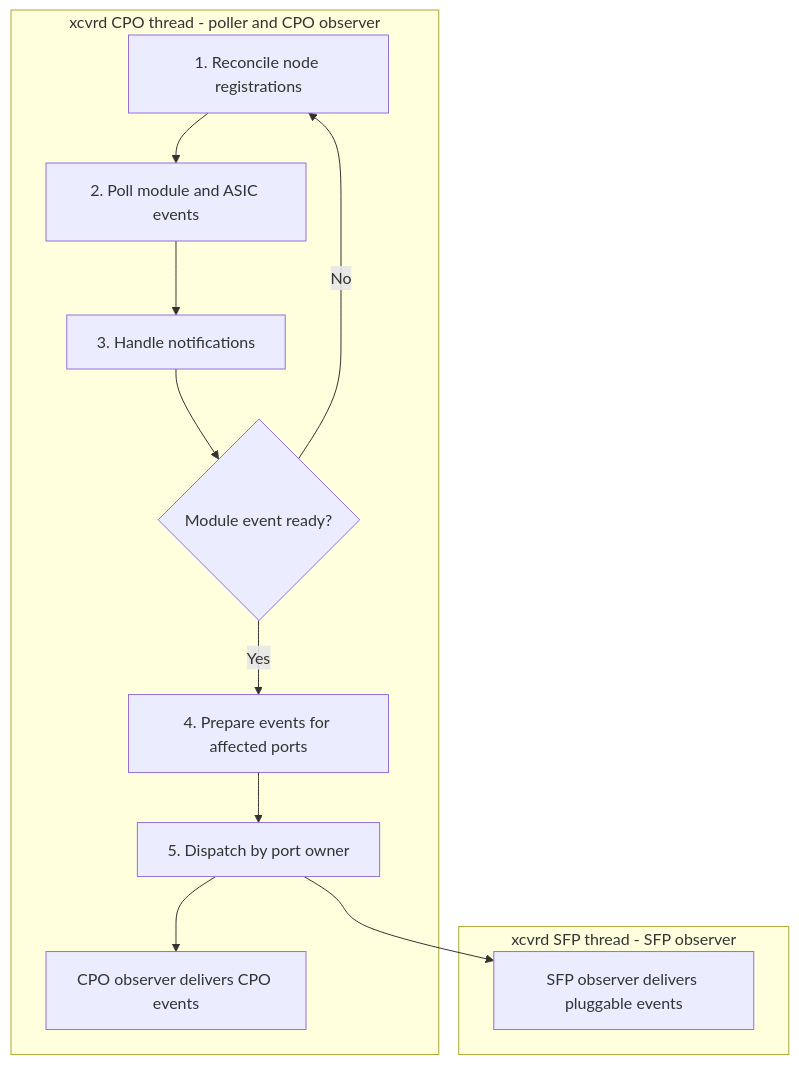
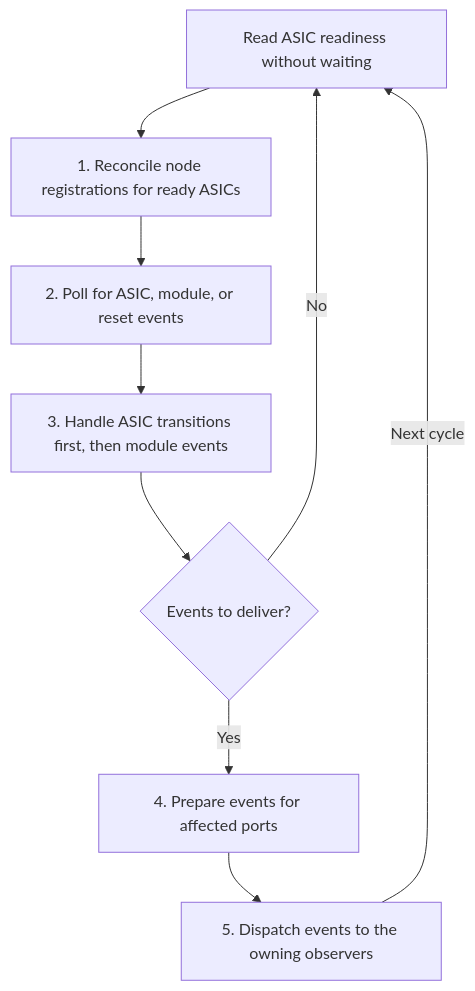
The third of 4 diagrams in doc/module-change-event-refactor/module-change-event-refactor-hld.md (sonic-net/SONiC), drawn with Mermaid before and after one commit. The commit also changed other lines of this file, not shown here.

Commit message:
doc: Separate module event architecture and polling diagrams
Show ASIC readiness before module registration and prioritize ASIC-down after polling.

````diff
--- a/doc/module-change-event-refactor/module-change-event-refactor-hld.md
+++ b/doc/module-change-event-refactor/module-change-event-refactor-hld.md
@@ -124,16 +143,11 @@
 ```mermaid
 flowchart TB
-    subgraph sfp_obs_thr[xcvrd SFP thread - SFP observer]
-        sfp_observer[SFP observer delivers pluggable events]
-    end
-    subgraph cpo_poll_thr[xcvrd CPO thread - poller and CPO observer]
-        register[1. Reconcile node registrations] --> poll[2. Poll module and ASIC events]
-        poll --> handle[3. Handle notifications]
-        handle --> outcome{Module event ready?}
-        outcome -->|Yes| prepare[4. Prepare events for affected ports]
-        outcome -->|No| register
-        prepare --> dispatch[5. Dispatch by port owner]
-        dispatch --> cpo_observer[CPO observer delivers CPO events]
-        dispatch --> sfp_observer
-    end
+    readiness["Read ASIC readiness without waiting"] --> register["1. Reconcile node registrations for ready ASICs"]
+    register --> poll["2. Poll for ASIC, module, or reset events"]
+    poll --> handle["3. Handle ASIC transitions first, then module events"]
+    handle --> outcome{"Events to deliver?"}
+    outcome -->|Yes| prepare["4. Prepare events for affected ports"]
+    outcome -->|No| readiness
+    prepare --> dispatch["5. Dispatch events to the owning observers"]
+    dispatch -->|Next cycle| readiness
 ```
````
